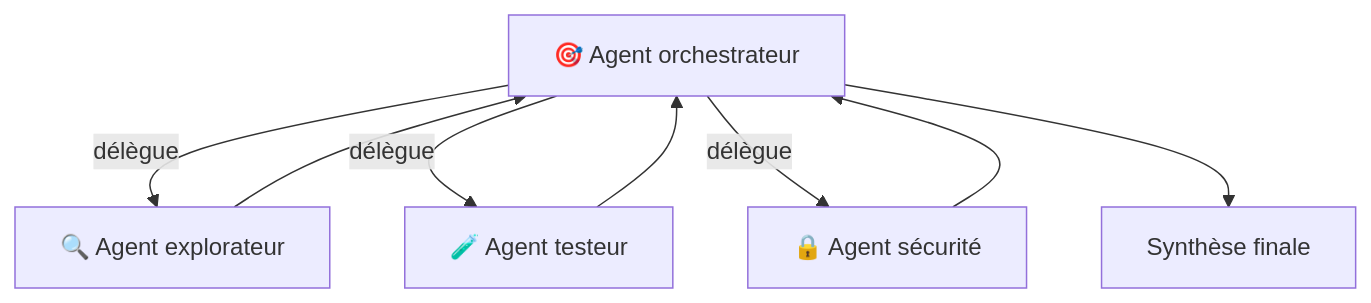
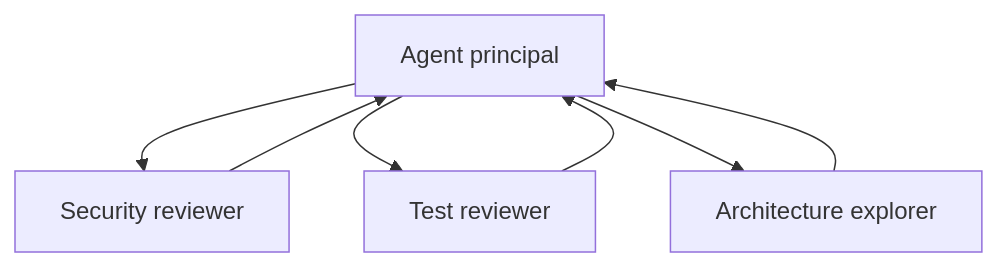
One commit to FTurleque/doc-utilisation-ia changed the third of 3 diagrams in docs/chapitre-4-contexte/orchestration-multi-agents.md. Above: the diagram before and after it, drawn with Mermaid. The commit also changed other lines of this file and 261 other files, not shown here.

````diff
--- a/docs/chapitre-4-contexte/orchestration-multi-agents.md
+++ b/docs/chapitre-4-contexte/orchestration-multi-agents.md
@@ -16,10 +236,9 @@
 ```mermaid
 graph TD
-    O["🎯 Agent orchestrateur"] -->|délègue| A["🔍 Agent explorateur"]
-    O -->|délègue| B["🧪 Agent testeur"]
-    O -->|délègue| C["🔒 Agent sécurité"]
+    O[Agent principal] --> S[Security reviewer]
+    O --> T[Test reviewer]
+    O --> A[Architecture explorer]
+    S --> O
+    T --> O
     A --> O
-    B --> O
-    C --> O
-    O --> R["Synthèse finale"]
 ```
````
